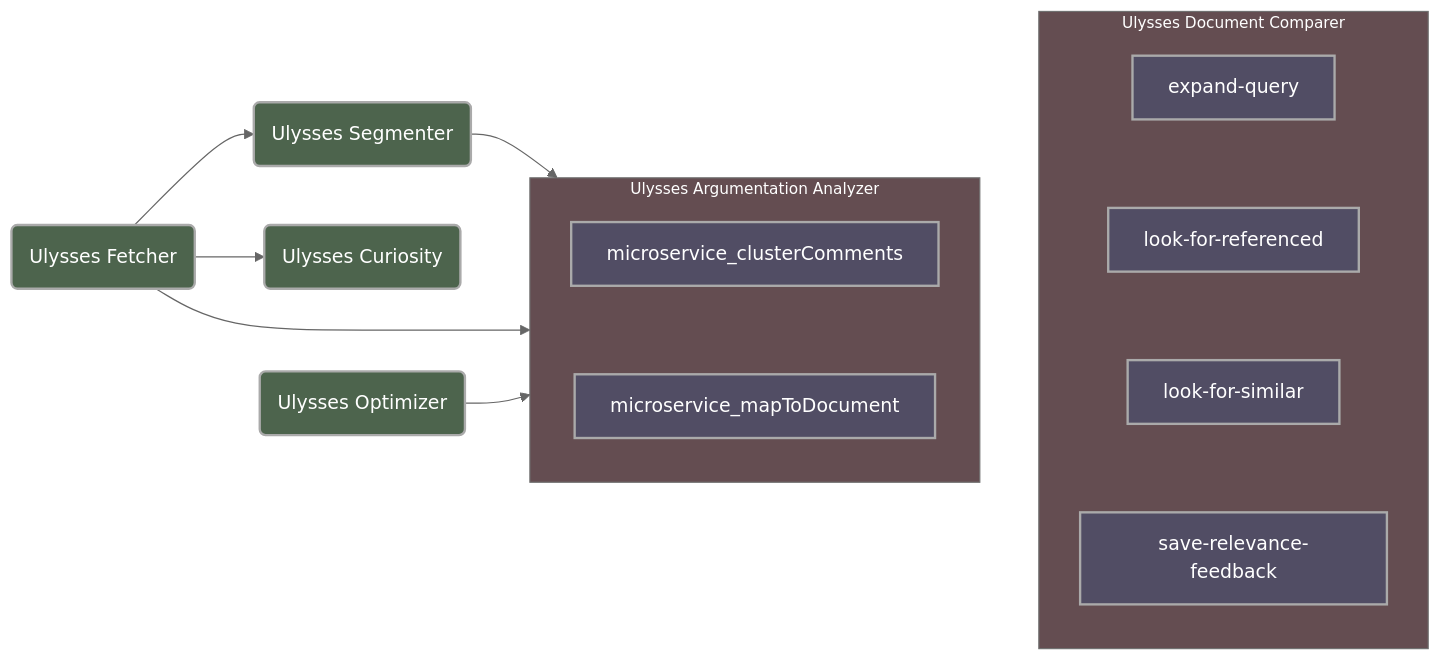
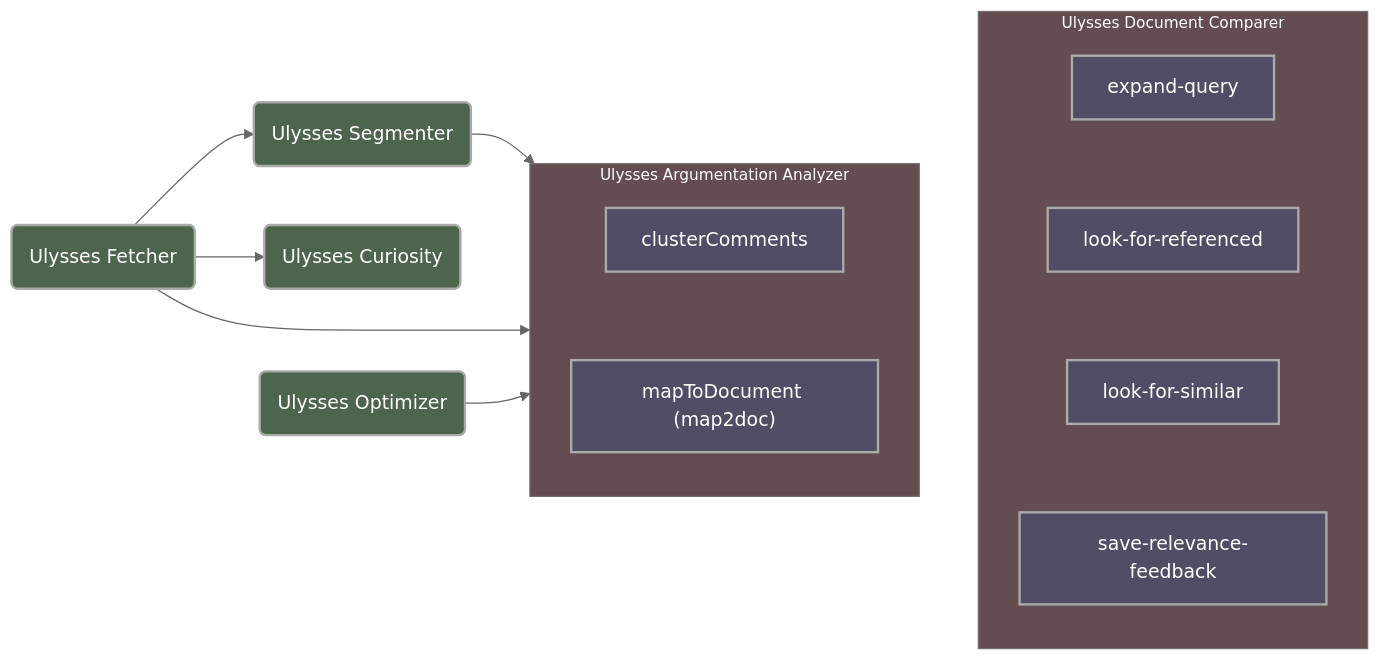
One commit to ulysses-camara/.github changed the diagram in profile/README.md. Above: the diagram before and after it, drawn with Mermaid (neutral theme).

Commit message:
README: fix mermaid diagram microservice label

````diff
--- a/profile/README.md
+++ b/profile/README.md
@@ -7,51 +7,51 @@
 ```mermaid
 flowchart LR
 
 package_optimizer("Ulysses Optimizer")
 package_curiosity("Ulysses Curiosity")
 package_segmenter("Ulysses Segmenter")
 package_fetcher("Ulysses Fetcher")
 
 subgraph microservice_comparer["Ulysses Document Comparer"]
     direction TB
     microservice_expandQuery["expand-query"]
     microservice_lookForReferenced["look-for-referenced"]
     microservice_lookForSimilar["look-for-similar"]
     microservice_saveRelevanceFeedback["save-relevance-feedback"]
 
     microservice_expandQuery --- microservice_lookForReferenced --- microservice_lookForSimilar --- microservice_saveRelevanceFeedback
 
     linkStyle 0 stroke-width:0px;
     linkStyle 1 stroke-width:0px;
     linkStyle 2 stroke-width:0px;
 end
 
 subgraph microservice_analyzer["Ulysses Argumentation Analyzer"]
     direction TB
-    microservice_clusterComments
-    microservice_mapToDocument
+    microservice_clusterComments["clusterComments"]
+    microservice_mapToDocument["mapToDocument (map2doc)"]
 
     microservice_clusterComments --- microservice_mapToDocument
 
     linkStyle 3 stroke-width:0px;
 end
 
 package_segmenter --> microservice_analyzer
 package_fetcher   --> microservice_analyzer
 package_optimizer --> microservice_analyzer
 package_fetcher   --> package_segmenter
 package_fetcher   --> package_curiosity
 
 microservice_analyzer --- microservice_comparer
 linkStyle 9 stroke-width:0px;
 
 classDef default fill:#333333,color:white,stroke-width:2px,stroke:#AAAAAA;
 classDef clsBaseModule fill:#4D644D;
 classDef clsIntegrationModule fill:#644D51,font-size:13px,color:white;
 classDef clsMicroservice fill:#514D64,font-size:16px;
 
 class package_optimizer,package_curiosity,package_segmenter,package_fetcher clsBaseModule;
 class microservice_analyzer,microservice_comparer clsIntegrationModule;
 class microservice_clusterComments,microservice_mapToDocument clsMicroservice;
 class microservice_expandQuery,microservice_lookForReferenced,microservice_lookForSimilar,microservice_saveRelevanceFeedback clsMicroservice;
 ```
````
